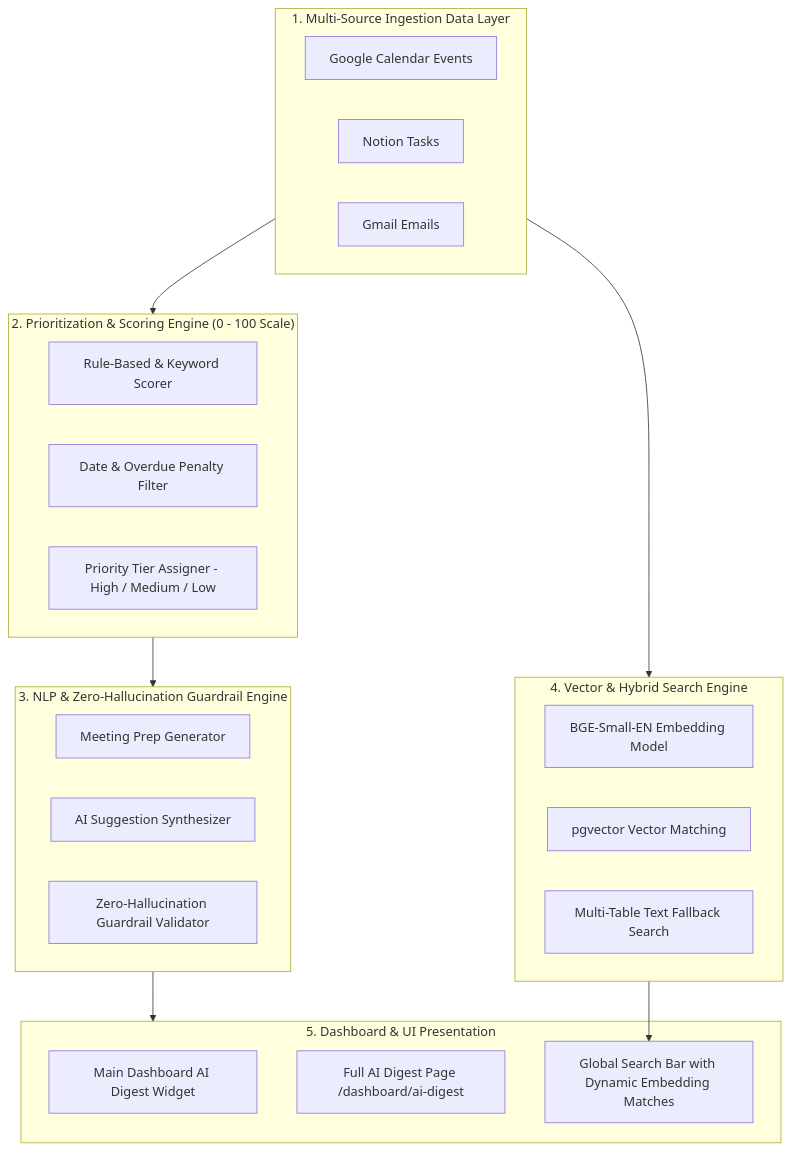
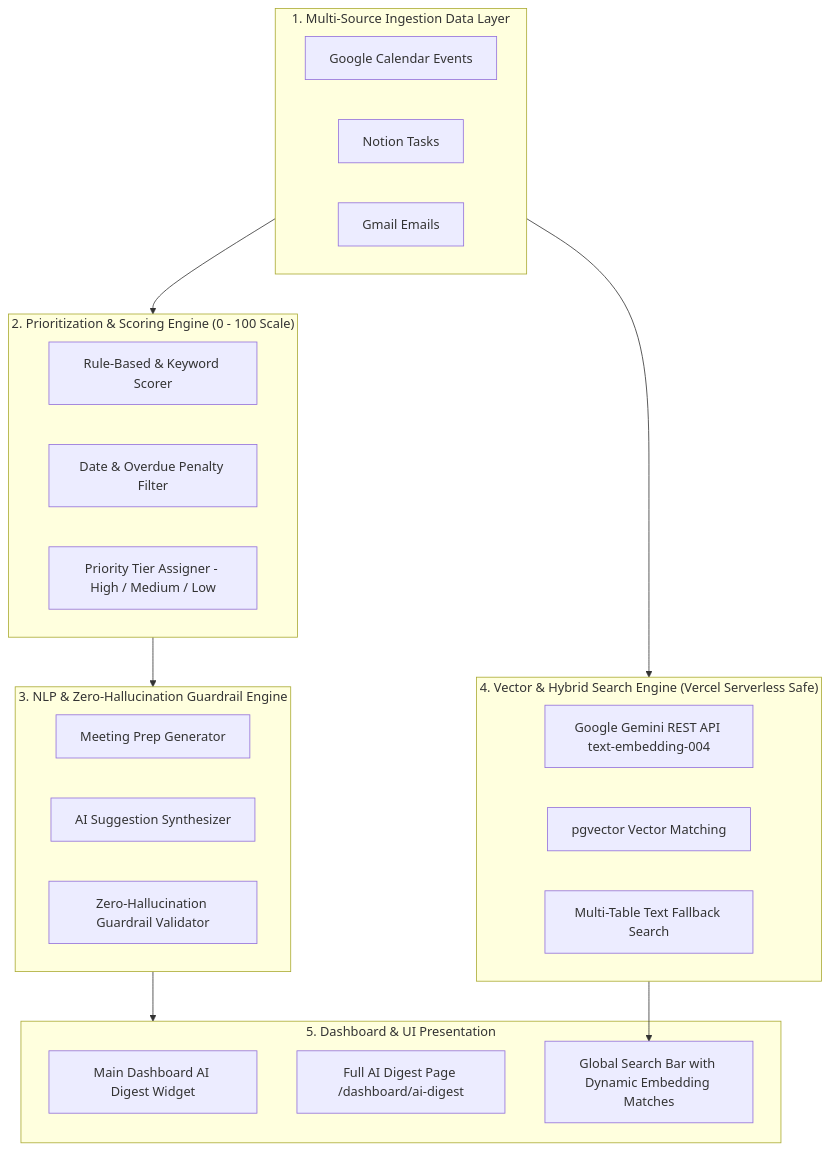
The diagram in aiml/README.md (adityajagtap2704/AURA_FULLSTACK), drawn with Mermaid before and after one commit. The commit also changed other lines of this file and 4 other files, not shown here.

````diff
--- a/aiml/README.md
+++ b/aiml/README.md
@@ -9,38 +9,38 @@
 ```mermaid
 flowchart TD
     subgraph DataSources["1. Multi-Source Ingestion Data Layer"]
         GC[Google Calendar Events]
         NT[Notion Tasks]
         GM[Gmail Emails]
     end
 
     subgraph ScoringEngine["2. Prioritization & Scoring Engine (0 - 100 Scale)"]
         Scorer[Rule-Based & Keyword Scorer]
         DateFilter[Date & Overdue Penalty Filter]
         Ranker[Priority Tier Assigner - High / Medium / Low]
     end
 
     subgraph NLPEngine["3. NLP & Zero-Hallucination Guardrail Engine"]
         PrepGen[Meeting Prep Generator]
         SuggGen[AI Suggestion Synthesizer]
         Guard[Zero-Hallucination Guardrail Validator]
     end
 
-    subgraph SearchEngine["4. Vector & Hybrid Search Engine"]
-        BGE[BGE-Small-EN Embedding Model]
+    subgraph SearchEngine["4. Vector & Hybrid Search Engine (Vercel Serverless Safe)"]
+        Gemini[Google Gemini REST API text-embedding-004]
         PGV[pgvector Vector Matching]
         Fallback[Multi-Table Text Fallback Search]
     end
 
     subgraph UIOutput["5. Dashboard & UI Presentation"]
         Widget[Main Dashboard AI Digest Widget]
         DigestPage[Full AI Digest Page /dashboard/ai-digest]
         SearchBar[Global Search Bar with Dynamic Embedding Matches]
     end
 
     DataSources --> ScoringEngine
     DataSources --> SearchEngine
     ScoringEngine --> NLPEngine
     NLPEngine --> UIOutput
     SearchEngine --> SearchBar
 ```
````
